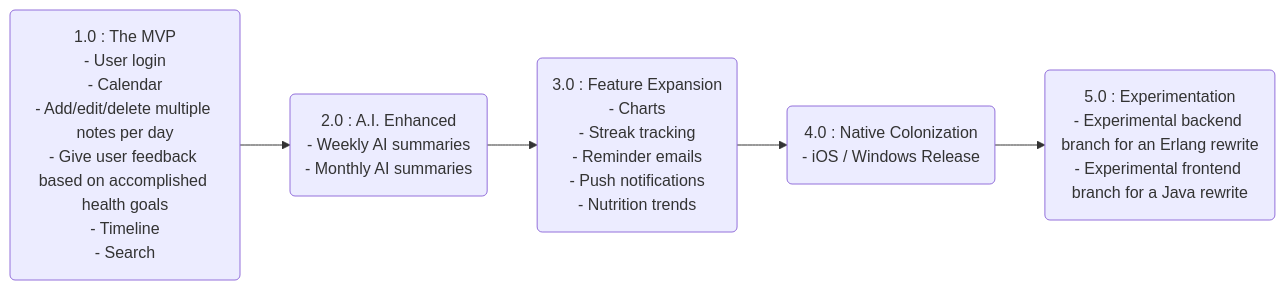
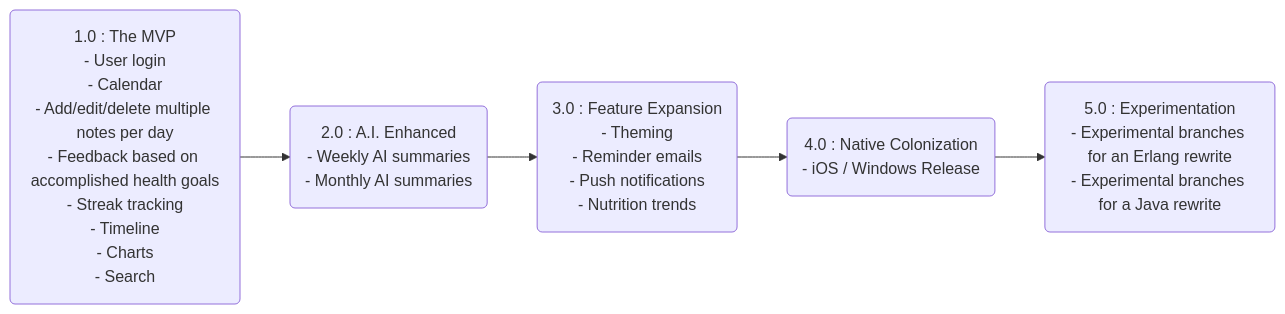
One commit to LowComDenom/wellness-calendar changed the second of 4 diagrams in README.md. Above: the diagram before and after it, drawn with Mermaid.

````diff
--- a/README.md
+++ b/README.md
@@ -21,25 +21,26 @@
 ```mermaid
 flowchart LR
 1(1.0 : The MVP
 - User login
 - Calendar
 - Add/edit/delete multiple notes per day
-- Give user feedback based on accomplished health goals
+- Feedback based on accomplished health goals
+- Streak tracking
 - Timeline
+- Charts
 - Search)
 2(2.0 : A.I. Enhanced
 - Weekly AI summaries
 - Monthly AI summaries)
 3(3.0 : Feature Expansion
-- Charts
-- Streak tracking
+- Theming
 - Reminder emails
 - Push notifications
 - Nutrition trends)
 4(4.0 : Native Colonization
 - iOS / Windows Release)
 5(5.0 : Experimentation
-- Experimental backend branch for an Erlang rewrite
-- Experimental frontend branch for a Java rewrite)
+- Experimental branches for an Erlang rewrite
+- Experimental branches for a Java rewrite)
 1 --> 2 --> 3 --> 4 --> 5
 ```
````
